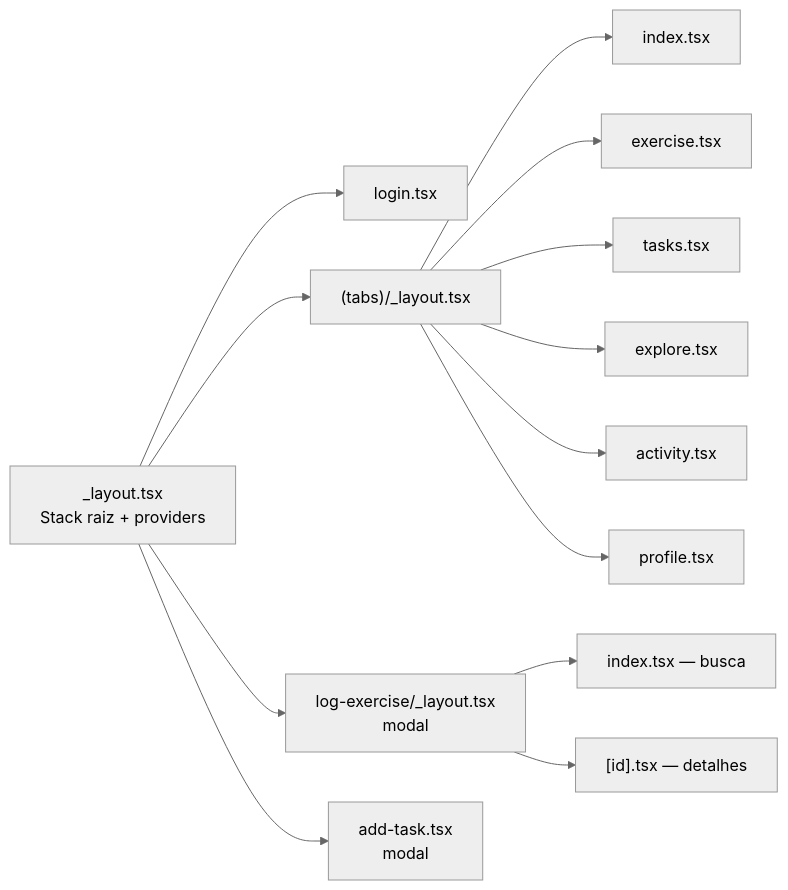
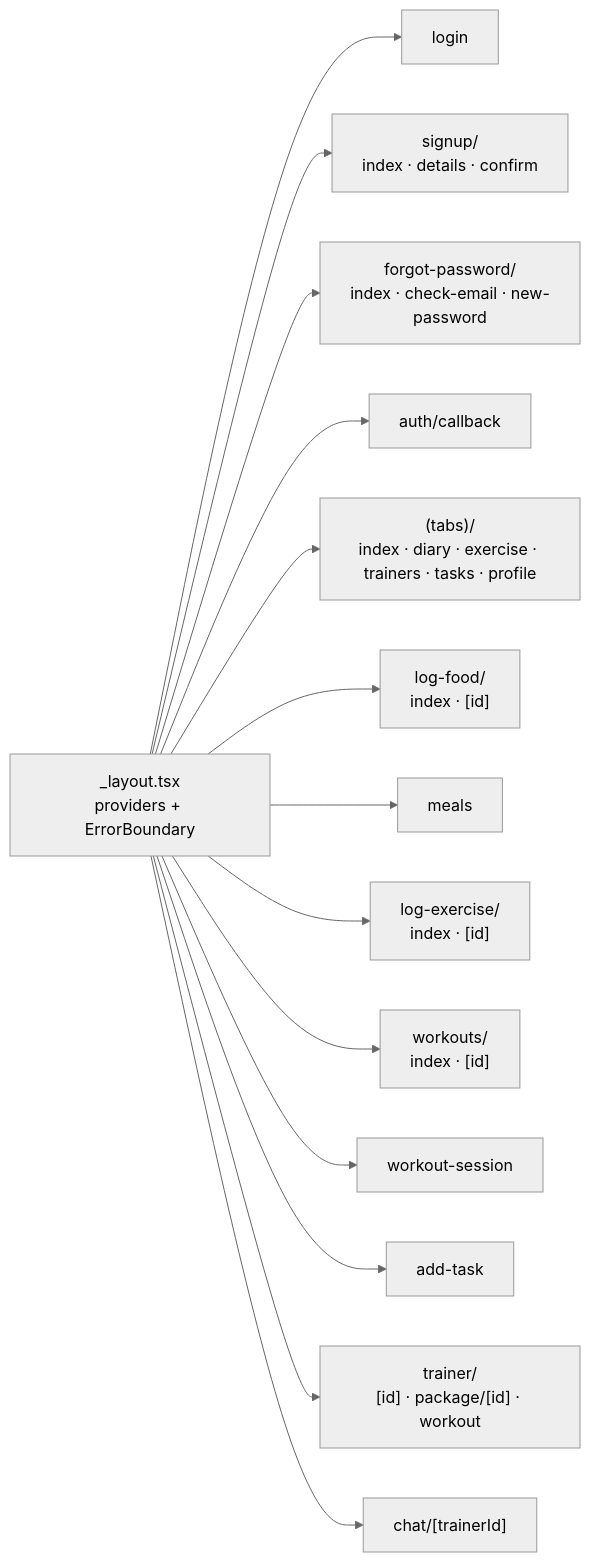
One commit to willians-e-silva/treina changed the fourth of 7 diagrams in docs/FLUXOGRAMA.md. Above: the diagram before and after it, drawn with Mermaid (neutral theme). The commit also changed other lines of this file, not shown here.

````diff
--- a/docs/FLUXOGRAMA.md
+++ b/docs/FLUXOGRAMA.md
@@ -149,9 +168,16 @@
 ```mermaid
 flowchart LR
-    Root["_layout.tsx<br/>Stack raiz + providers"] --> Login["login.tsx"]
-    Root --> TabsL["(tabs)/_layout.tsx"]
-    Root --> LogL["log-exercise/_layout.tsx<br/>modal"]
-    Root --> Add["add-task.tsx<br/>modal"]
-    TabsL --> I["index.tsx"] & E["exercise.tsx"] & T["tasks.tsx"] & X["explore.tsx"] & A["activity.tsx"] & P["profile.tsx"]
-    LogL --> LI["index.tsx — busca"] & LD["[id].tsx — detalhes"]
+    Root["_layout.tsx<br/>providers + ErrorBoundary"] --> Login["login"]
+    Root --> SU["signup/<br/>index · details · confirm"]
+    Root --> FP["forgot-password/<br/>index · check-email · new-password"]
+    Root --> CB["auth/callback"]
+    Root --> Tabs["(tabs)/<br/>index · diary · exercise · trainers · tasks · profile"]
+    Root --> LF["log-food/<br/>index · [id]"]
+    Root --> Meals["meals"]
+    Root --> LE["log-exercise/<br/>index · [id]"]
+    Root --> WK["workouts/<br/>index · [id]"]
+    Root --> WS["workout-session"]
+    Root --> AT["add-task"]
+    Root --> TR["trainer/<br/>[id] · package/[id] · workout"]
+    Root --> Chat["chat/[trainerId]"]
 ```
````
